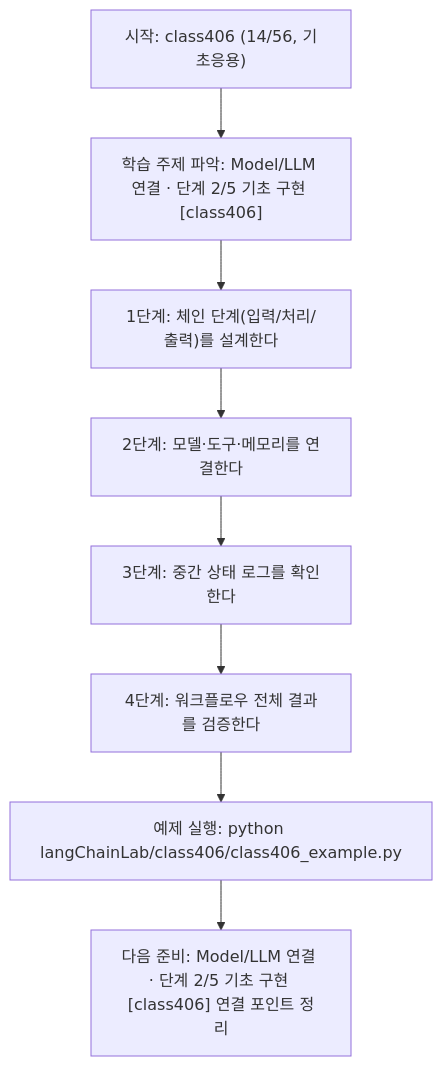
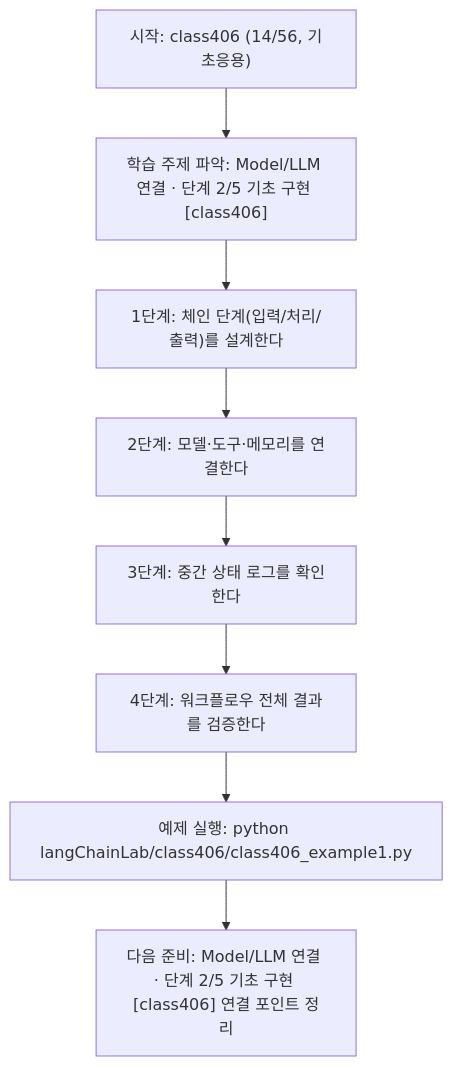
Before and after one commit to edumgt/Python-AI_Agent-Class: the diagram in langChainLab/class406/class406.md, drawn with Mermaid. The commit also changed other lines of this file and 2959 other files, not shown here.

````diff
--- a/langChainLab/class406/class406.md
+++ b/langChainLab/class406/class406.md
@@ -110,18 +110,18 @@
 ```mermaid
 flowchart TD
 N1["시작: class406 (14/56, 기초응용)"]
 N2["학습 주제 파악: Model/LLM 연결 · 단계 2/5 기초 구현 [class406]"]
 N3["1단계: 체인 단계(입력/처리/출력)를 설계한다"]
 N4["2단계: 모델·도구·메모리를 연결한다"]
 N5["3단계: 중간 상태 로그를 확인한다"]
 N6["4단계: 워크플로우 전체 결과를 검증한다"]
-N7["예제 실행: python langChainLab/class406/class406_example.py"]
+N7["예제 실행: python langChainLab/class406/class406_example1.py"]
 N8["다음 준비: Model/LLM 연결 · 단계 2/5 기초 구현 [class406] 연결 포인트 정리"]
 N1 --> N2
 N2 --> N3
 N3 --> N4
 N4 --> N5
 N5 --> N6
 N6 --> N7
 N7 --> N8
 ```
````
